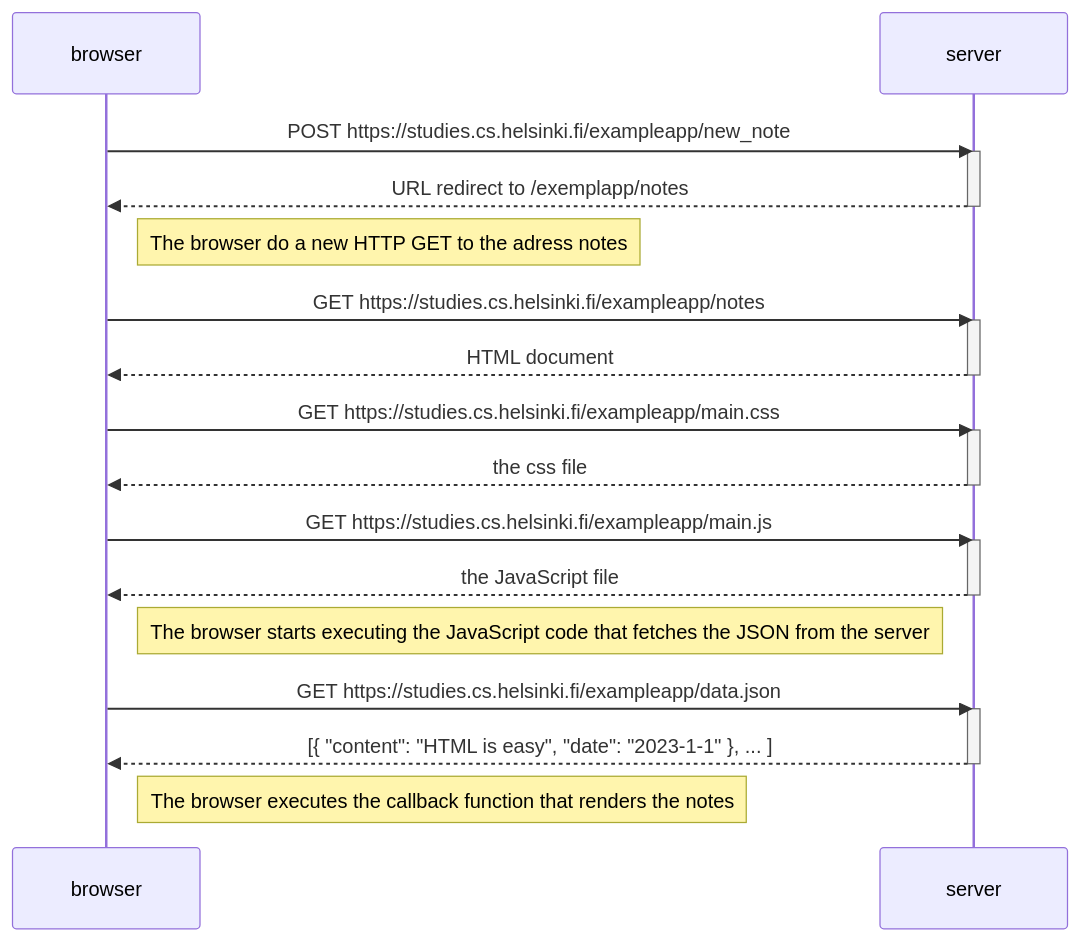
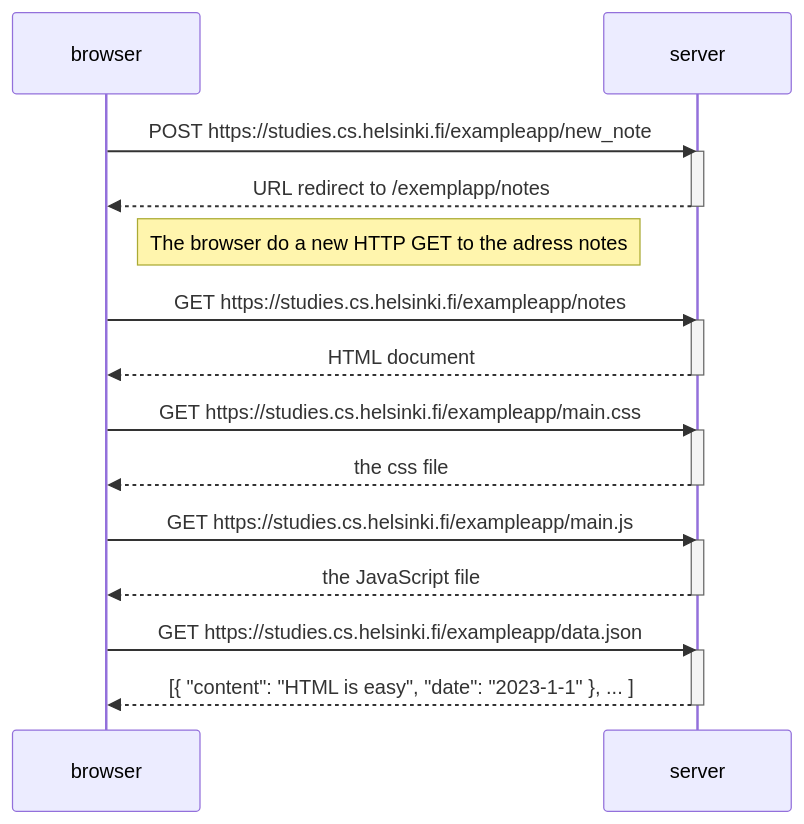
Before and after one commit to clebinho1234/part0: the first of 2 diagrams in 0.4.md, drawn with Mermaid. The commit also changed other lines of this file, not shown here.

````diff
--- a/0.4.md
+++ b/0.4.md
@@ -1,37 +1,35 @@
 ```mermaid
 
 sequenceDiagram
     participant browser
     participant server
 
     browser->>server: POST https://studies.cs.helsinki.fi/exampleapp/new_note
     activate server
     server-->>browser: URL redirect to /exemplapp/notes
     deactivate server
 
     Note right of browser: The browser do a new HTTP GET to the adress notes
 
     browser->>server: GET https://studies.cs.helsinki.fi/exampleapp/notes
     activate server
     server-->>browser: HTML document
     deactivate server
 
     browser->>server: GET https://studies.cs.helsinki.fi/exampleapp/main.css
     activate server
     server-->>browser: the css file
     deactivate server
 
     browser->>server: GET https://studies.cs.helsinki.fi/exampleapp/main.js
     activate server
     server-->>browser: the JavaScript file
     deactivate server
 
-    Note right of browser: The browser starts executing the JavaScript code that fetches the JSON from the server
 
     browser->>server: GET https://studies.cs.helsinki.fi/exampleapp/data.json
     activate server
     server-->>browser: [{ "content": "HTML is easy", "date": "2023-1-1" }, ... ]
     deactivate server
 
-    Note right of browser: The browser executes the callback function that renders the notes
 ```
````
